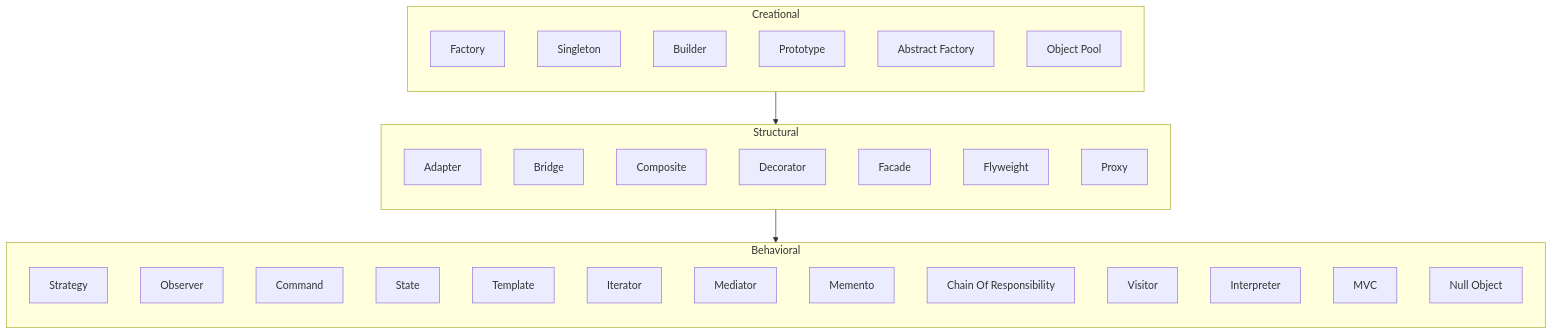
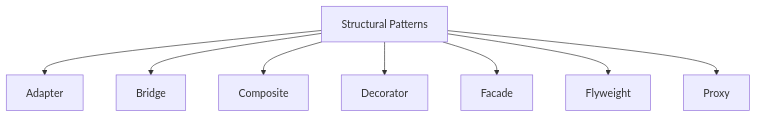
One commit to Ankur-glitchtracer/docs changed the third of 6 diagrams in design_patterns/ROADMAP.md. Above: the diagram before and after it, drawn with Mermaid. The commit also changed other lines of this file and 8 other files, not shown here.

First line of the commit message:
docs: modernize mermaid initialization and enhance roadmap visualizations

````diff
--- a/design_patterns/ROADMAP.md
+++ b/design_patterns/ROADMAP.md
@@ -5,44 +30,12 @@
 ```mermaid
 flowchart TD
+    STR[Structural Patterns]
 
-subgraph Creational
-    direction TB
-    C1[Factory]
-    C2[Singleton]
-    C3[Builder]
-    C4[Prototype]
-    C5[Abstract Factory]
-    C6[Object Pool]
-end
-
-subgraph Structural
-    direction TB
-    S1[Adapter]
-    S2[Bridge]
-    S3[Composite]
-    S4[Decorator]
-    S5[Facade]
-    S6[Flyweight]
-    S7[Proxy]
-end
-
-subgraph Behavioral
-    direction TB
-    B1[Strategy]
-    B2[Observer]
-    B3[Command]
-    B4[State]
-    B5[Template]
-    B6[Iterator]
-    B7[Mediator]
-    B8[Memento]
-    B9[Chain Of Responsibility]
-    B10[Visitor]
-    B11[Interpreter]
-    B12[MVC]
-    B13[Null Object]
-end
-
-Creational --> Structural
-Structural --> Behavioral
+    STR --> S1[Adapter]
+    STR --> S2[Bridge]
+    STR --> S3[Composite]
+    STR --> S4[Decorator]
+    STR --> S5[Facade]
+    STR --> S6[Flyweight]
+    STR --> S7[Proxy]
 ```
````
